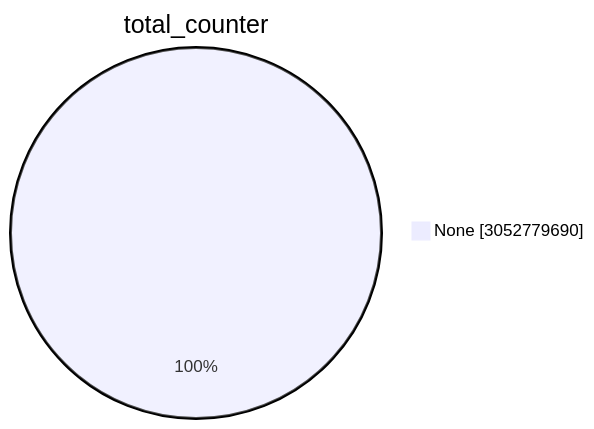
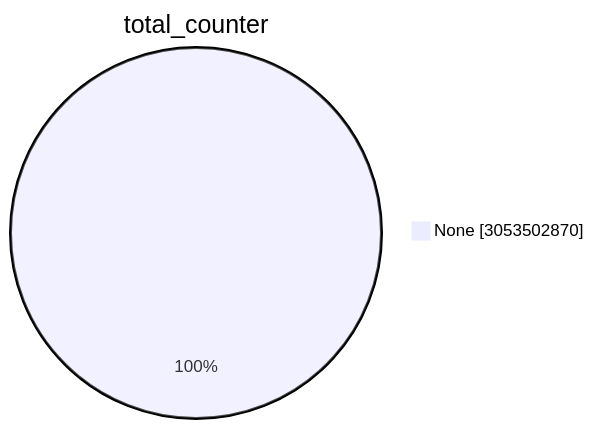
One commit to christiankrug/ctmonitor_visualization changed the first of 15 diagrams in TOTAL/README.md. Above: the diagram before and after it, drawn with Mermaid. The commit also changed other lines of this file, not shown here.

````diff
--- a/TOTAL/README.md
+++ b/TOTAL/README.md
@@ -1,5 +1,5 @@
 ```mermaid
 pie showData
 title total_counter
-"None" :3052779690
+"None" :3053502870
 ```
````
